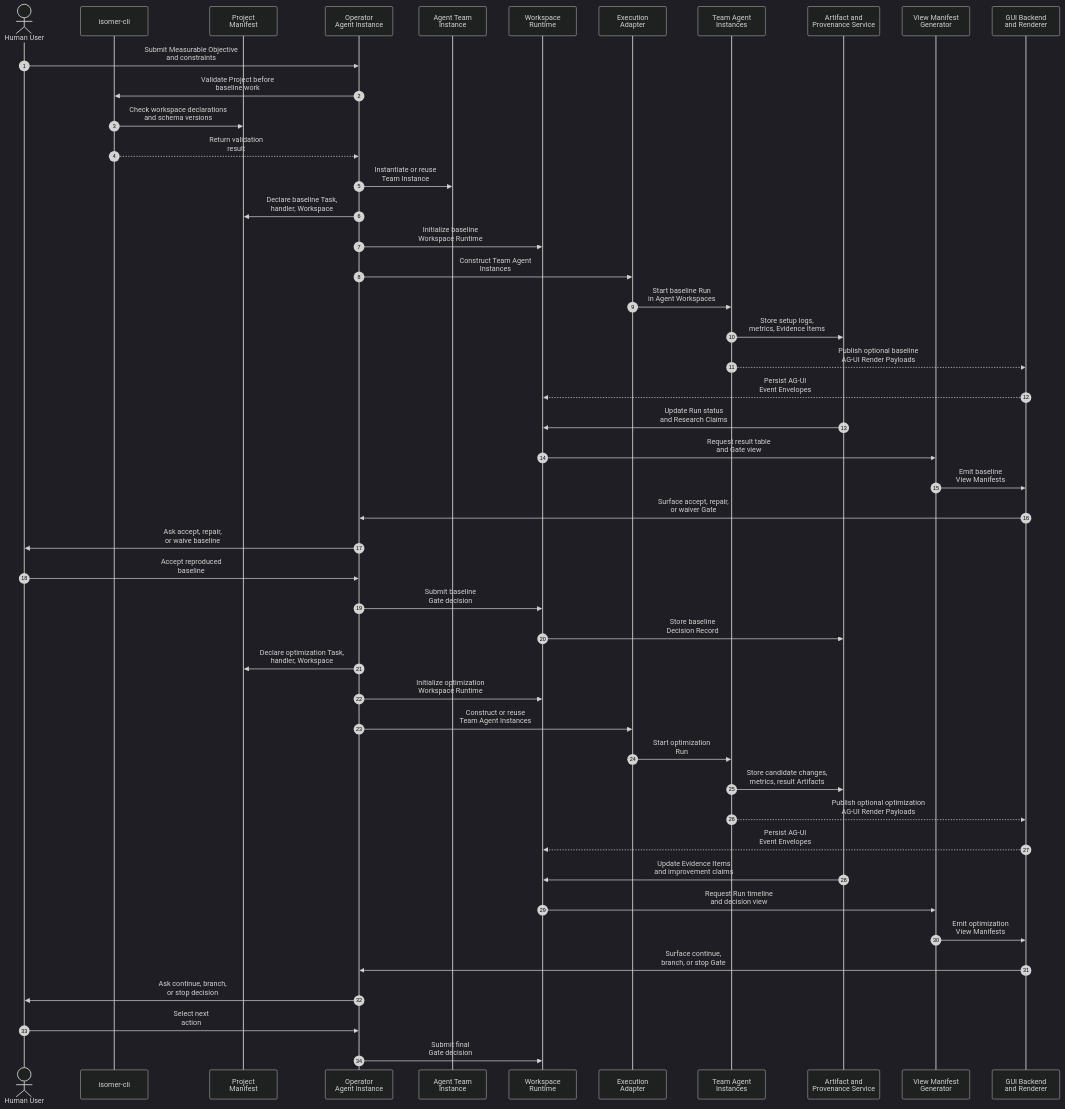
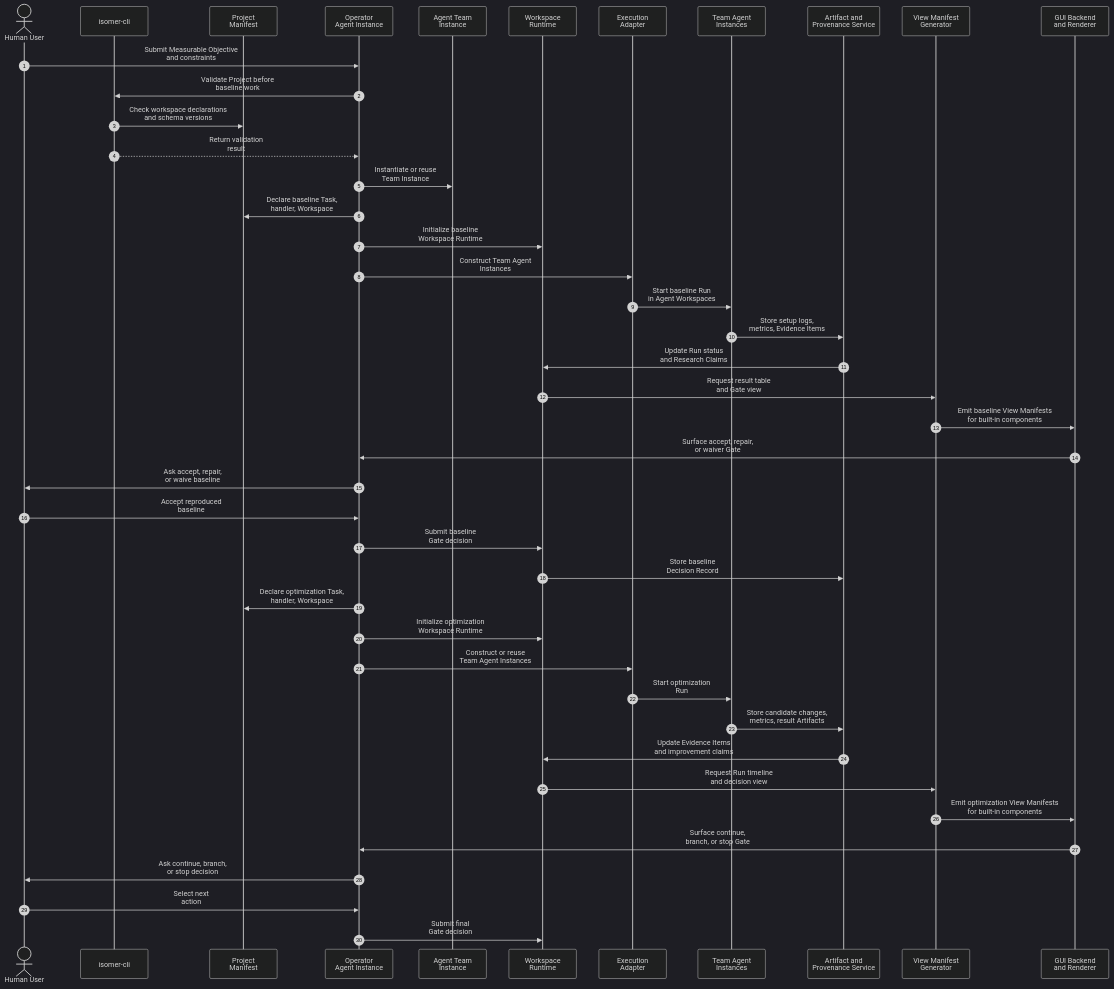
Before and after one commit to CodeGandee/isomer-labs: the second of 2 diagrams in .imsight-arts/project-explore/use-cases/uc-02-reproduce-baseline-and-optimize.md, drawn with Mermaid (dark theme). The commit also changed other lines of this file and 5 other files, not shown here.

````diff
--- a/.imsight-arts/project-explore/use-cases/uc-02-reproduce-baseline-and-optimize.md
+++ b/.imsight-arts/project-explore/use-cases/uc-02-reproduce-baseline-and-optimize.md
@@ -92,50 +92,46 @@
 ```mermaid
 sequenceDiagram
   autonumber
   actor User as Human User
   participant CLI as isomer-cli
   participant PM as Project<br/>Manifest
   participant Operator as Operator<br/>Agent Instance
   participant Team as Agent Team<br/>Instance
   participant Runtime as Workspace<br/>Runtime
   participant Adapter as Execution<br/>Adapter
   participant Agents as Team Agent<br/>Instances
   participant Provenance as Artifact and<br/>Provenance Service
   participant Views as View Manifest<br/>Generator
   participant GUI as GUI Backend<br/>and Renderer
 
   User->>Operator: Submit Measurable Objective<br/>and constraints
   Operator->>CLI: Validate Project before<br/>baseline work
   CLI->>PM: Check workspace declarations<br/>and schema versions
   CLI-->>Operator: Return validation<br/>result
   Operator->>Team: Instantiate or reuse<br/>Team Instance
   Operator->>PM: Declare baseline Task,<br/>handler, Workspace
   Operator->>Runtime: Initialize baseline<br/>Workspace Runtime
   Operator->>Adapter: Construct Team Agent<br/>Instances
   Adapter->>Agents: Start baseline Run<br/>in Agent Workspaces
   Agents->>Provenance: Store setup logs,<br/>metrics, Evidence Items
-  Agents-->>GUI: Publish optional baseline<br/>AG-UI Render Payloads
-  GUI-->>Runtime: Persist AG-UI<br/>Event Envelopes
   Provenance->>Runtime: Update Run status<br/>and Research Claims
   Runtime->>Views: Request result table<br/>and Gate view
-  Views->>GUI: Emit baseline<br/>View Manifests
+  Views->>GUI: Emit baseline View Manifests<br/>for built-in components
   GUI->>Operator: Surface accept, repair,<br/>or waiver Gate
   Operator->>User: Ask accept, repair,<br/>or waive baseline
   User->>Operator: Accept reproduced<br/>baseline
   Operator->>Runtime: Submit baseline<br/>Gate decision
   Runtime->>Provenance: Store baseline<br/>Decision Record
   Operator->>PM: Declare optimization Task,<br/>handler, Workspace
   Operator->>Runtime: Initialize optimization<br/>Workspace Runtime
   Operator->>Adapter: Construct or reuse<br/>Team Agent Instances
   Adapter->>Agents: Start optimization<br/>Run
   Agents->>Provenance: Store candidate changes,<br/>metrics, result Artifacts
-  Agents-->>GUI: Publish optional optimization<br/>AG-UI Render Payloads
-  GUI-->>Runtime: Persist AG-UI<br/>Event Envelopes
   Provenance->>Runtime: Update Evidence Items<br/>and improvement claims
   Runtime->>Views: Request Run timeline<br/>and decision view
-  Views->>GUI: Emit optimization<br/>View Manifests
+  Views->>GUI: Emit optimization View Manifests<br/>for built-in components
   GUI->>Operator: Surface continue,<br/>branch, or stop Gate
   Operator->>User: Ask continue, branch,<br/>or stop decision
   User->>Operator: Select next<br/>action
   Operator->>Runtime: Submit final<br/>Gate decision
 ```
````
